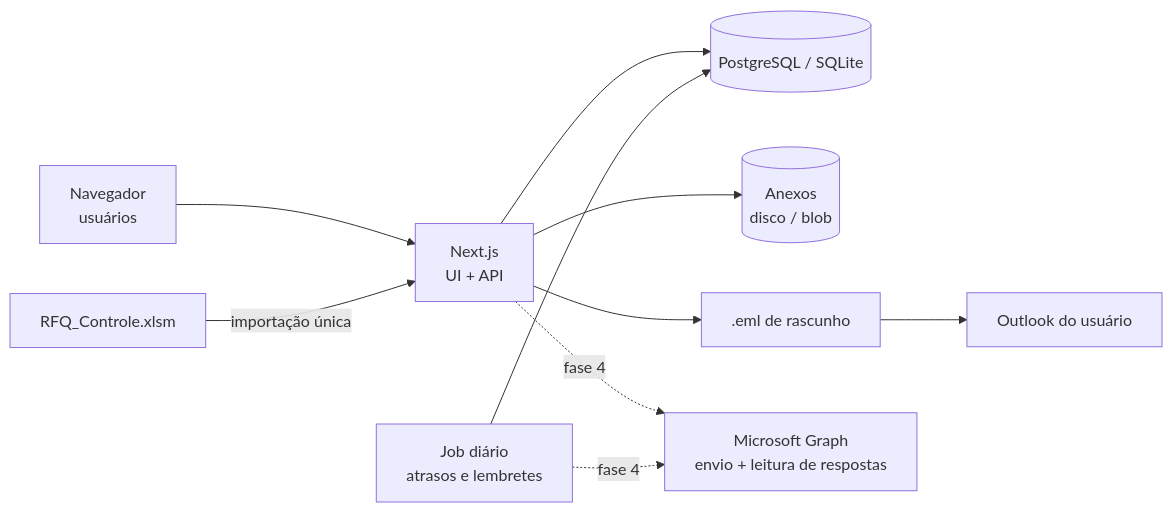
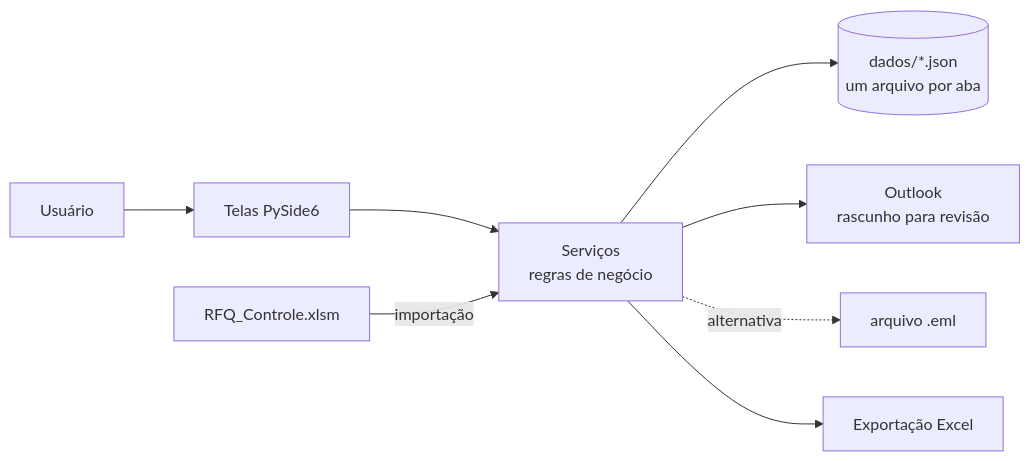
One commit to Gab-Hawking/RFQ_Control changed the third of 3 diagrams in docs/02-proposta-sistema.md. Above: the diagram before and after it, drawn with Mermaid. The commit also changed other lines of this file and 54 other files, not shown here.

First line of the commit message:
feat: aplicativo desktop RFQ Control v0.1.0 (Python + PySide6)

````diff
--- a/docs/02-proposta-sistema.md
+++ b/docs/02-proposta-sistema.md
@@ -264,11 +282,10 @@
 ```mermaid
 flowchart LR
-    U[Navegador<br/>usuários] --> APP[Next.js<br/>UI + API]
-    APP --> DB[(PostgreSQL / SQLite)]
-    APP --> FS[(Anexos<br/>disco / blob)]
-    APP --> EML[.eml de rascunho] --> OL[Outlook do usuário]
-    APP -. fase 4 .-> GRAPH[Microsoft Graph<br/>envio + leitura de respostas]
-    JOB[Job diário<br/>atrasos e lembretes] --> DB
-    JOB -. fase 4 .-> GRAPH
-    XL[RFQ_Controle.xlsm] -- importação única --> APP
+    U[Usuário] --> UI[Telas PySide6]
+    UI --> SRV[Serviços<br/>regras de negócio]
+    SRV --> DADOS[(dados/*.json<br/>um arquivo por aba)]
+    SRV --> OL[Outlook<br/>rascunho para revisão]
+    SRV -. alternativa .-> EML[arquivo .eml]
+    SRV --> XLSX[Exportação Excel]
+    XL[RFQ_Controle.xlsm] -- importação --> SRV
 ```
````
